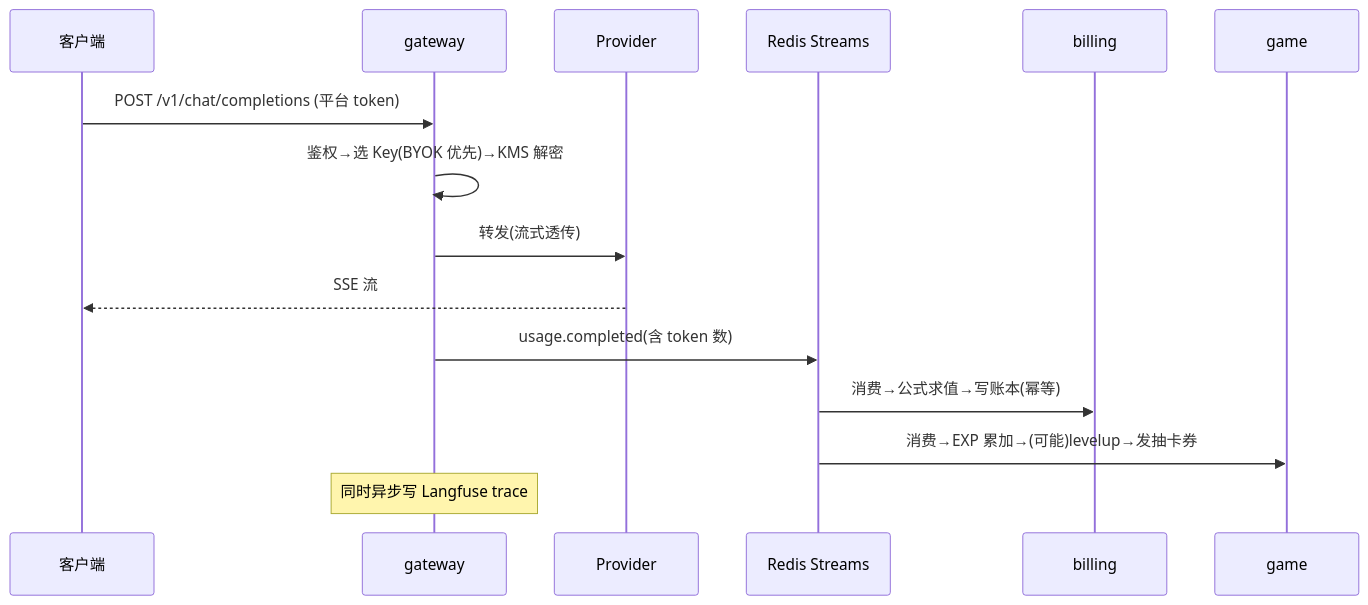
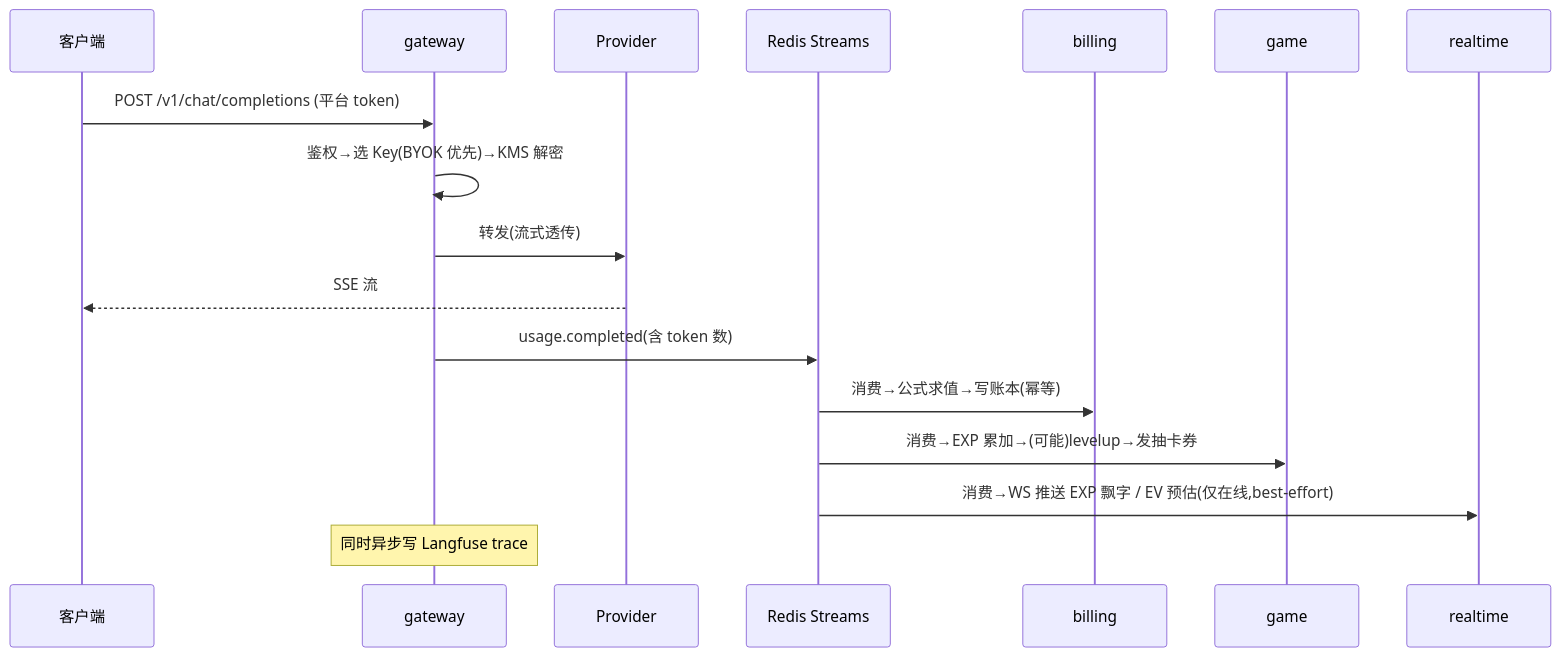
The second of 3 diagrams in docs/architecture.md (YuzuRain/Mogwai), drawn with Mermaid before and after one commit. The commit also changed other lines of this file and 1 other file, not shown here.

First line of the commit message:
docs: align tech & architecture design with core-gameplay product doc v0.2

````diff
--- a/docs/architecture.md
+++ b/docs/architecture.md
@@ -196,18 +202,20 @@
 ```mermaid
 sequenceDiagram
     participant C as 客户端
     participant G as gateway
     participant P as Provider
     participant R as Redis Streams
     participant B as billing
     participant GM as game
+    participant RT as realtime
 
     C->>G: POST /v1/chat/completions (平台 token)
     G->>G: 鉴权→选 Key(BYOK 优先)→KMS 解密
     G->>P: 转发(流式透传)
     P-->>C: SSE 流
     G->>R: usage.completed(含 token 数)
     R->>B: 消费→公式求值→写账本(幂等)
     R->>GM: 消费→EXP 累加→(可能)levelup→发抽卡券
+    R->>RT: 消费→WS 推送 EXP 飘字 / EV 预估(仅在线,best-effort)
     Note over G: 同时异步写 Langfuse trace
 ```
````
